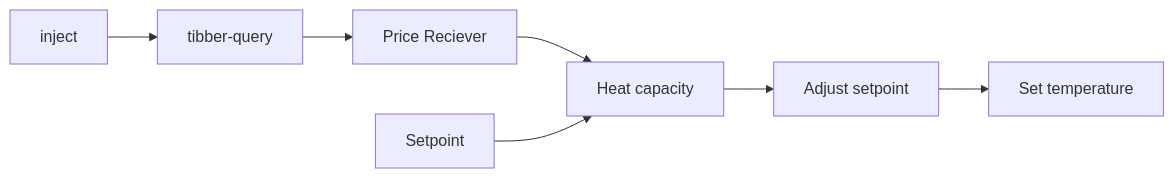
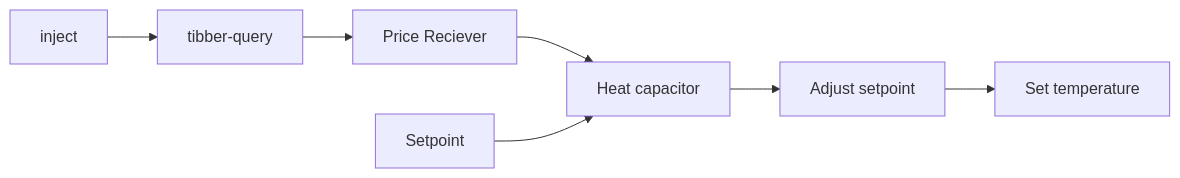
The first of 2 diagrams in Request.md (Chang-Yo/JSON-Extractor), drawn with Mermaid before and after one commit. The commit also changed other lines of this file and 55 other files, not shown here.

````diff
--- a/Request.md
+++ b/Request.md
@@ -229,17 +229,17 @@
 ```mermaid
 graph LR
     A[inject]
     B[tibber-query] 
     C[Price Reciever]
     D[Setpoint]
-    E[Heat capacity]
+    E[Heat capacitor]
     F[Adjust setpoint]
     G[Set temperature]
     
     A --> B
     B --> C
     C --> E
     D --> E
     E --> F
     F --> G
 ```
````
